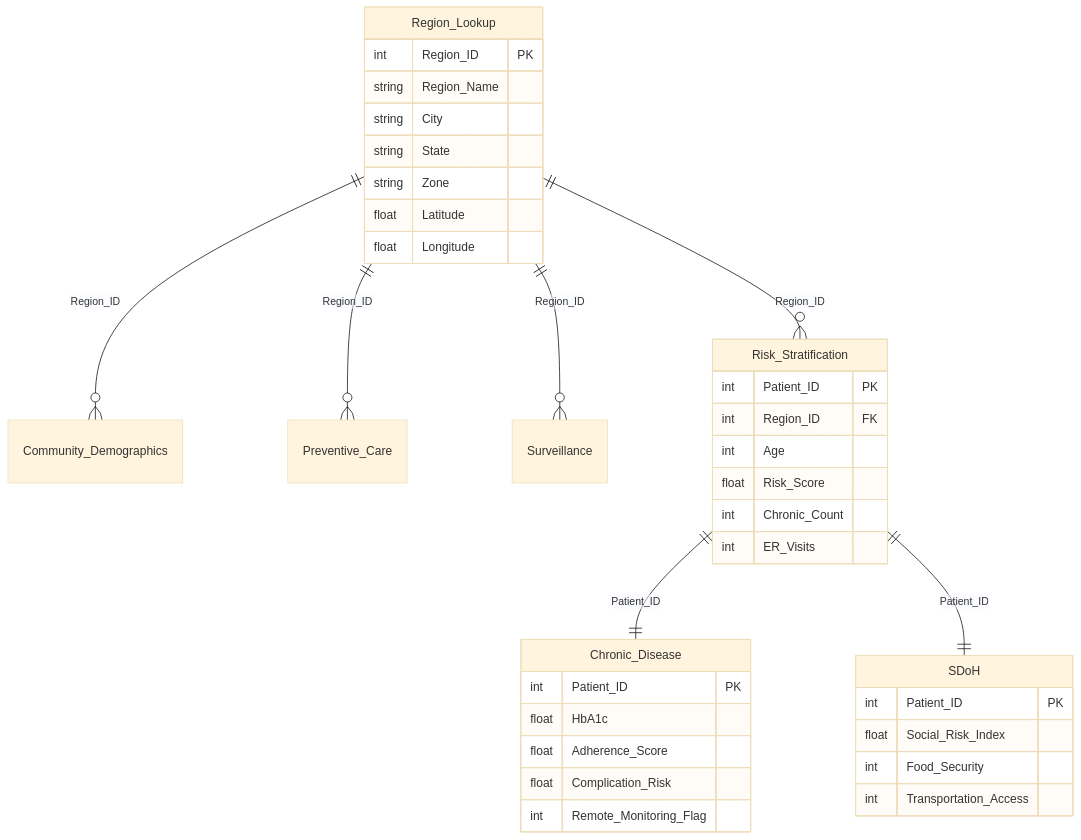
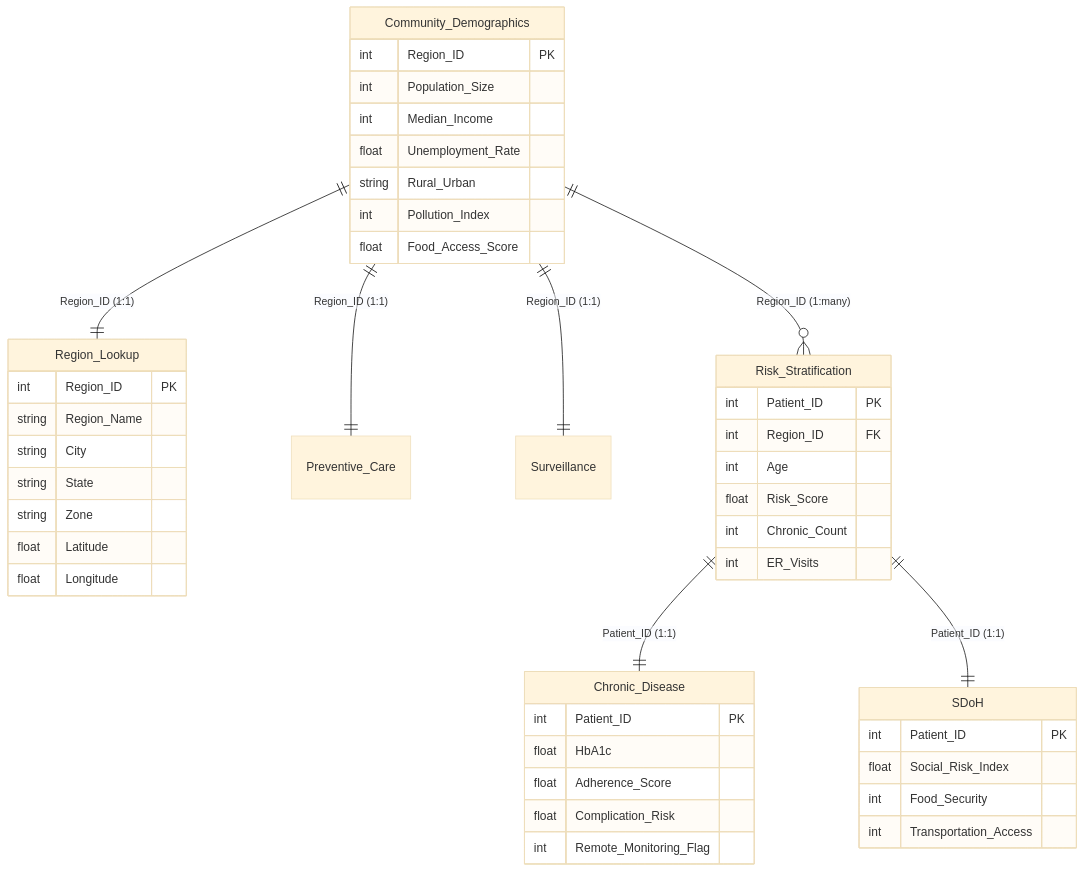
Before and after one commit to Vireen555/phm-healthcare-powerbi-dashboard: the diagram in README.md, drawn with Mermaid (base theme). The commit also changed other lines of this file, not shown here.

Commit message:
Correct the data model: snowflake hubbed on Community_Demographics
The schema was documented as a star with Region_Lookup at the root.
The actual model in the .pbix hubs on Community_Demographics, with every
region table joining it on Region_ID.

Region_ID is unique in all four region tables (20 rows, 20 distinct IDs),
so those joins are one-to-one, not one-to-many. Risk_Stratification is the
only many-side table. Chronic_Disease and SDoH have no Region_ID and reach
the hub through Risk_Stratification on Patient_ID.

Also documents why bidirectional cross-filtering is needed: geography is a
satellite of the hub, so State slicers must propagate up through
Community_Demographics and back down.

````diff
--- a/README.md
+++ b/README.md
@@ -73,40 +73,49 @@
 ```mermaid
 erDiagram
-    Region_Lookup ||--o{ Community_Demographics : "Region_ID"
-    Region_Lookup ||--o{ Preventive_Care        : "Region_ID"
-    Region_Lookup ||--o{ Surveillance           : "Region_ID"
-    Region_Lookup ||--o{ Risk_Stratification    : "Region_ID"
-    Risk_Stratification ||--|| Chronic_Disease  : "Patient_ID"
-    Risk_Stratification ||--|| SDoH             : "Patient_ID"
+    Community_Demographics ||--|| Region_Lookup    : "Region_ID (1:1)"
+    Community_Demographics ||--|| Preventive_Care  : "Region_ID (1:1)"
+    Community_Demographics ||--|| Surveillance     : "Region_ID (1:1)"
+    Community_Demographics ||--o{ Risk_Stratification : "Region_ID (1:many)"
+    Risk_Stratification    ||--|| Chronic_Disease  : "Patient_ID (1:1)"
+    Risk_Stratification    ||--|| SDoH             : "Patient_ID (1:1)"
 
+    Community_Demographics {
+        int Region_ID PK
+        int Population_Size
+        int Median_Income
+        float Unemployment_Rate
+        string Rural_Urban
+        int Pollution_Index
+        float Food_Access_Score
+    }
     Region_Lookup {
         int Region_ID PK
         string Region_Name
         string City
         string State
         string Zone
         float Latitude
         float Longitude
     }
     Risk_Stratification {
         int Patient_ID PK
         int Region_ID FK
         int Age
         float Risk_Score
         int Chronic_Count
         int ER_Visits
     }
     Chronic_Disease {
         int Patient_ID PK
         float HbA1c
         float Adherence_Score
         float Complication_Risk
         int Remote_Monitoring_Flag
     }
     SDoH {
         int Patient_ID PK
         float Social_Risk_Index
         int Food_Security
         int Transportation_Access
     }
 ```
````
